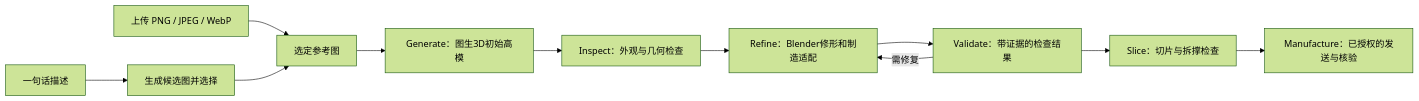
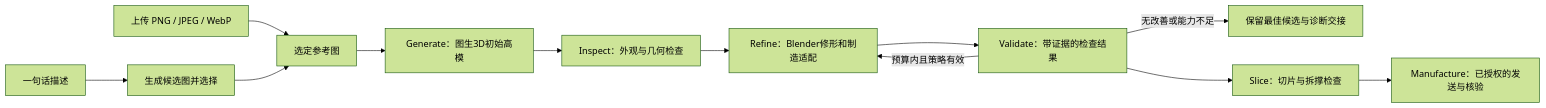
Before and after one commit to Rjxshr1/idea-to-print: the diagram in README.md, drawn with Mermaid (forest theme). The commit also changed other lines of this file and 24 other files, not shown here.

````diff
--- a/README.md
+++ b/README.md
@@ -9,13 +25,14 @@
 ```mermaid
 flowchart LR
   A[一句话描述] --> B[生成候选图并选择]
   C[上传 PNG / JPEG / WebP] --> D[选定参考图]
   B --> D
   D --> E[Generate：图生3D初始高模]
   E --> F[Inspect：外观与几何检查]
   F --> G[Refine：Blender修形和制造适配]
   G --> H[Validate：带证据的检查结果]
-  H -->|需修复| G
+  H -->|预算内且策略有效| G
+  H -->|无改善或能力不足| K[保留最佳候选与诊断交接]
   H --> I[Slice：切片与拆撑检查]
   I --> J[Manufacture：已授权的发送与核验]
 ```
````
